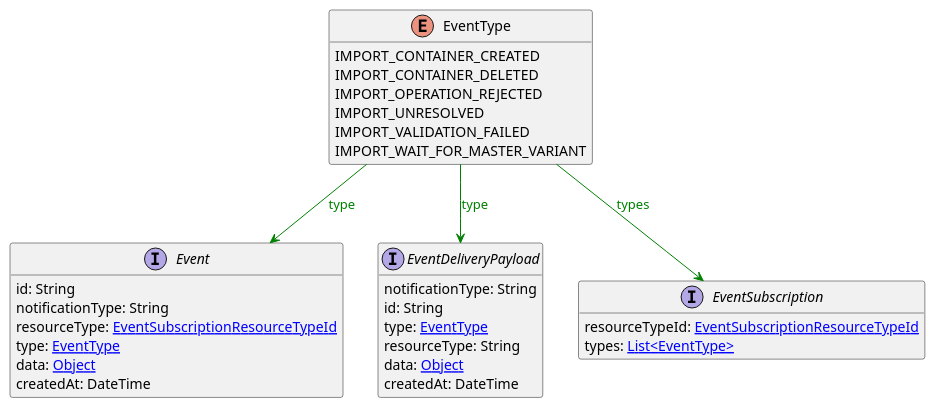
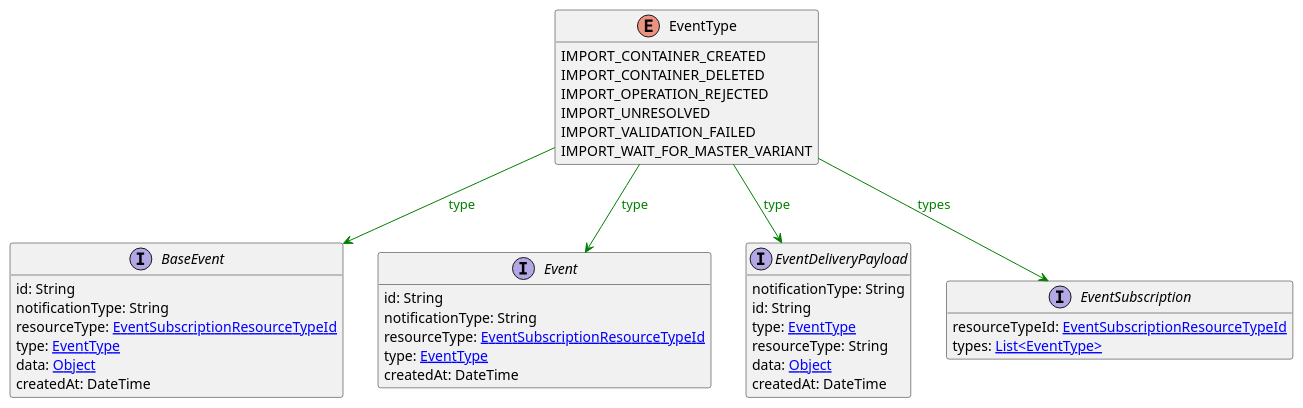
Before and after one commit to commercetools/commercetools-api-reference: the diagram in uml/api/EventType.puml, drawn with PlantUML. The commit also changed 50 other files, not shown here.

```diff
--- a/uml/api/EventType.puml
+++ b/uml/api/EventType.puml
@@ -1,35 +1,43 @@
 @startuml
 
 hide methods
 enum EventType {
     IMPORT_CONTAINER_CREATED
     IMPORT_CONTAINER_DELETED
     IMPORT_OPERATION_REJECTED
     IMPORT_UNRESOLVED
     IMPORT_VALIDATION_FAILED
     IMPORT_WAIT_FOR_MASTER_VARIANT
 }
+interface BaseEvent [[BaseEvent.svg]]  {
+    id: String
+    notificationType: String
+    resourceType: [[EventSubscriptionResourceTypeId.svg EventSubscriptionResourceTypeId]]
+    type: [[EventType.svg EventType]]
+    data: [[Object.svg Object]]
+    createdAt: DateTime
+}
 interface Event [[Event.svg]]  {
     id: String
     notificationType: String
     resourceType: [[EventSubscriptionResourceTypeId.svg EventSubscriptionResourceTypeId]]
     type: [[EventType.svg EventType]]
-    data: [[Object.svg Object]]
     createdAt: DateTime
 }
 interface EventDeliveryPayload [[EventDeliveryPayload.svg]]  {
     notificationType: String
     id: String
     type: [[EventType.svg EventType]]
     resourceType: String
     data: [[Object.svg Object]]
     createdAt: DateTime
 }
 interface EventSubscription [[EventSubscription.svg]]  {
     resourceTypeId: [[EventSubscriptionResourceTypeId.svg EventSubscriptionResourceTypeId]]
     types: [[EventType.svg List<EventType>]]
 }
+EventType --> BaseEvent #green;text:green : "type"
 EventType --> Event #green;text:green : "type"
 EventType --> EventDeliveryPayload #green;text:green : "type"
 EventType --> EventSubscription #green;text:green : "types"
 @enduml
```
